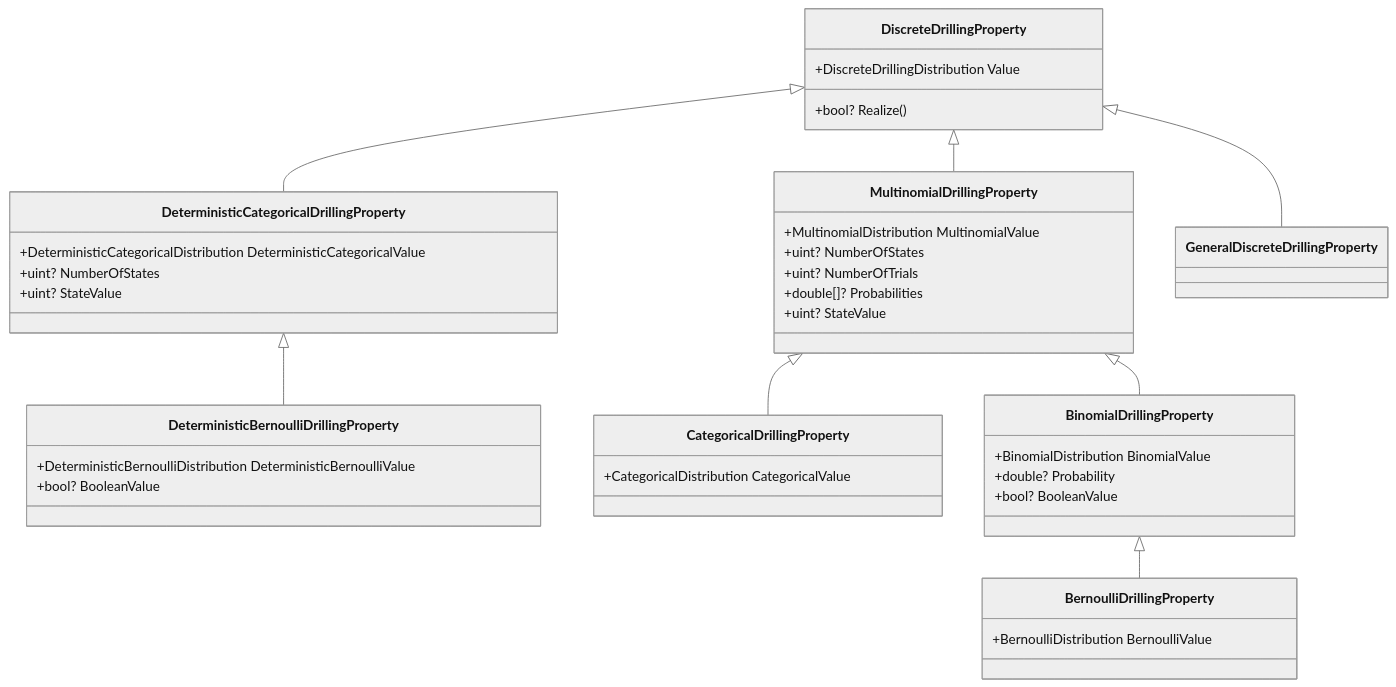
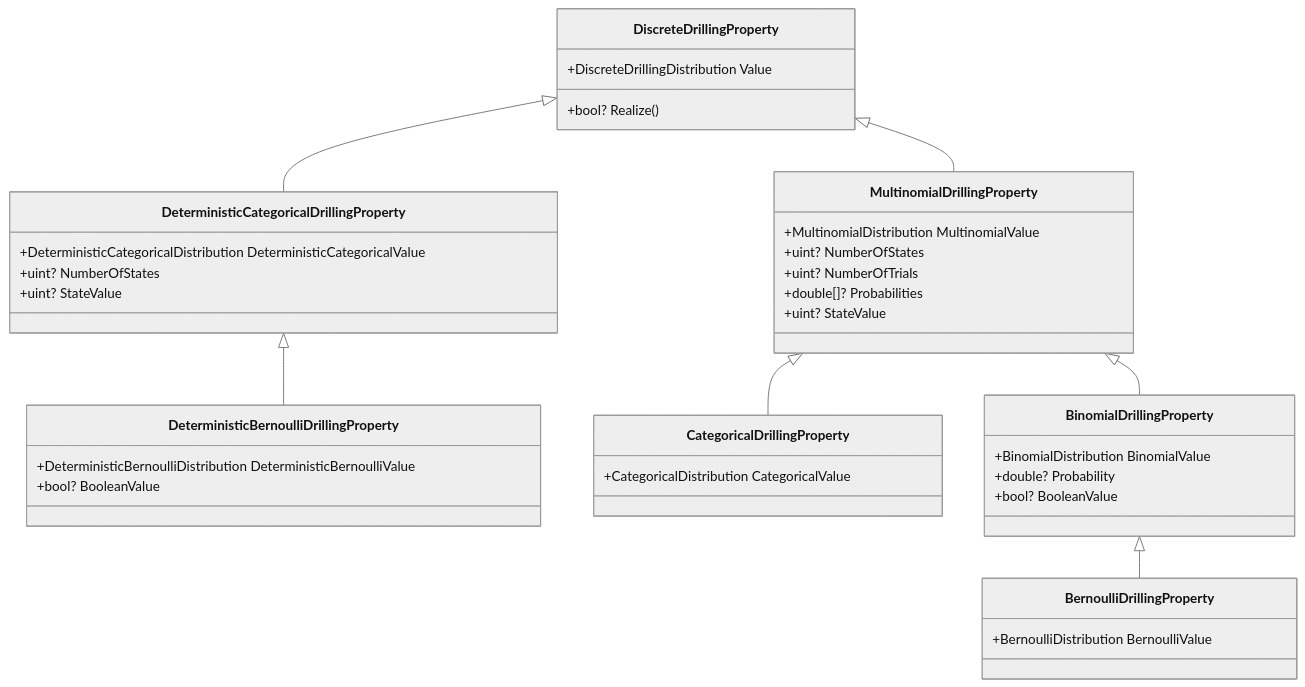
The third of 10 diagrams in OSDC.DotnetLibraries.General/OSDC.DotnetLibraries.Drilling.DrillingProperties/readme.md (Open-Source-Drilling-Community/DotNetLibraries), drawn with Mermaid (neutral theme) before and after one commit. The commit also changed other lines of this file and 34 other files, not shown here.

````diff
--- a/OSDC.DotnetLibraries.General/OSDC.DotnetLibraries.Drilling.DrillingProperties/readme.md
+++ b/OSDC.DotnetLibraries.General/OSDC.DotnetLibraries.Drilling.DrillingProperties/readme.md
@@ -199,42 +198,39 @@
 ```mermaid
 classDiagram
     DiscreteDrillingProperty <|-- DeterministicCategoricalDrillingProperty
     DeterministicCategoricalDrillingProperty <|-- DeterministicBernoulliDrillingProperty
     DiscreteDrillingProperty <|-- MultinomialDrillingProperty
     MultinomialDrillingProperty <|-- CategoricalDrillingProperty
     MultinomialDrillingProperty <|-- BinomialDrillingProperty
     BinomialDrillingProperty <|-- BernoulliDrillingProperty
-    DiscreteDrillingProperty <|-- GeneralDiscreteDrillingProperty
     DiscreteDrillingProperty : +DiscreteDrillingDistribution Value
     DiscreteDrillingProperty : +bool? Realize()
     class DeterministicCategoricalDrillingProperty {
       +DeterministicCategoricalDistribution DeterministicCategoricalValue
       +uint? NumberOfStates
       +uint? StateValue
     }
     class DeterministicBernoulliDrillingProperty {
         +DeterministicBernoulliDistribution DeterministicBernoulliValue
         +bool? BooleanValue
     }
     class MultinomialDrillingProperty {
        +MultinomialDistribution MultinomialValue
        +uint? NumberOfStates
        +uint? NumberOfTrials
        +double[]? Probabilities
        +uint? StateValue
     }
     class BinomialDrillingProperty {
       +BinomialDistribution BinomialValue
       +double? Probability
       +bool? BooleanValue
   }
     class CategoricalDrillingProperty {
       +CategoricalDistribution CategoricalValue
     }
     class BernoulliDrillingProperty {
         +BernoulliDistribution BernoulliValue
     }
-    class GeneralDiscreteDrillingProperty {
-    }
 end
 ```
````
